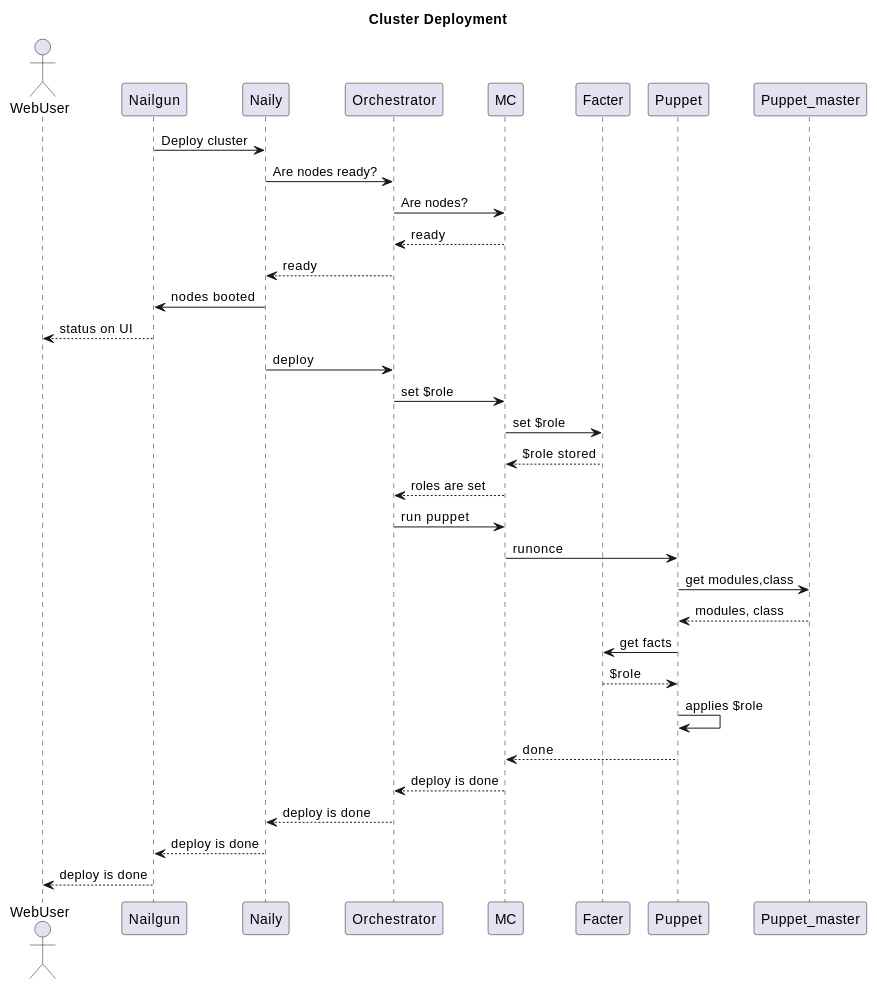
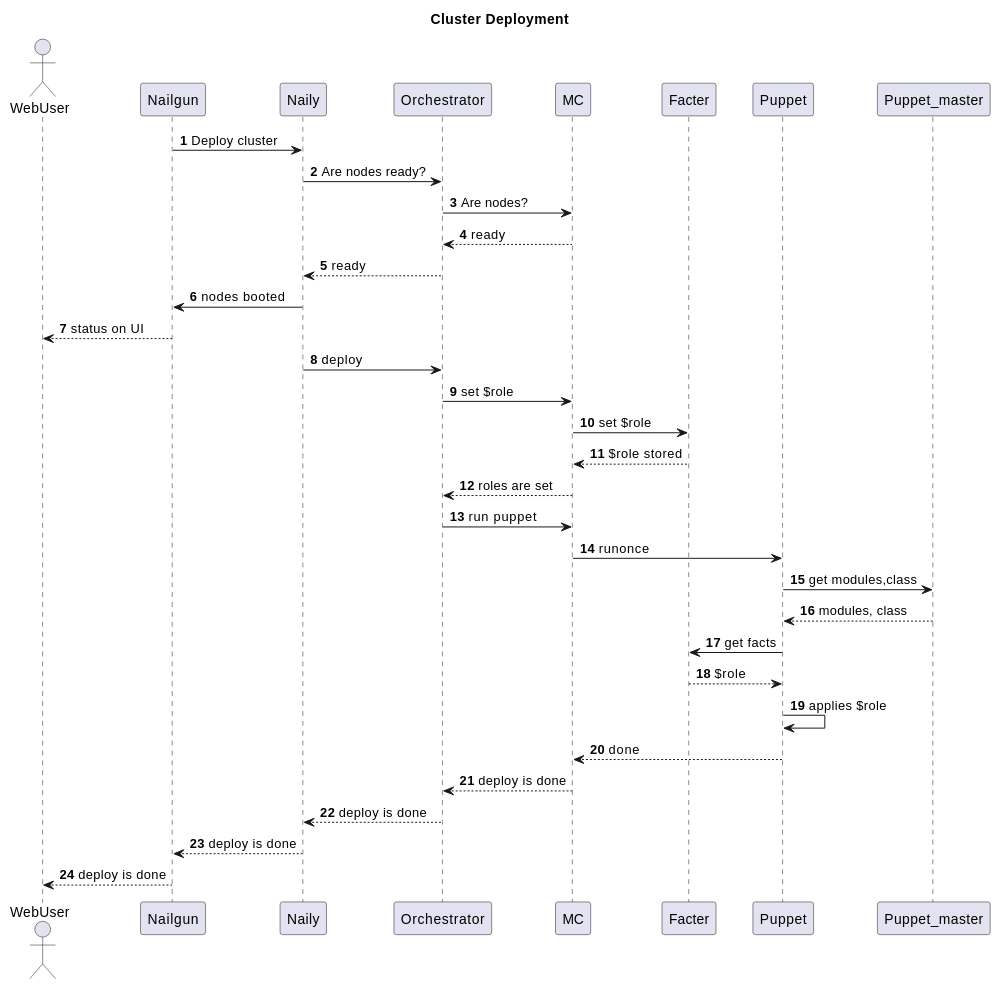
The second of 4 diagrams in docs/sequence.rst (openstack-archive/fuel-main), drawn with PlantUML before and after one commit. The commit also changed other lines of this file, not shown here.

Commit message:
[docs] Diagram: Alternative implementation of deployment

```diff
--- a/docs/sequence.rst
+++ b/docs/sequence.rst
@@ -38,30 +38,31 @@
  .. uml::
     title Cluster Deployment
+    autonumber
     actor WebUser
 
     Nailgun -> Naily: Deploy cluster
     Naily -> Orchestrator: Are nodes ready?
     Orchestrator -> MC: Are nodes?
     MC --> Orchestrator: ready
     Orchestrator --> Naily: ready
     Naily -> Nailgun: nodes booted
     Nailgun --> WebUser: status on UI
     Naily -> Orchestrator: deploy
     Orchestrator -> MC: set $role
     MC -> Facter: set $role
     Facter --> MC: $role stored
     MC --> Orchestrator: roles are set
 
     Orchestrator -> MC: run puppet
     MC -> Puppet: runonce
     Puppet -> Puppet_master: get modules,class
     Puppet_master --> Puppet: modules, class
     Puppet -> Facter: get facts
     Facter --> Puppet: $role
 
     Puppet -> Puppet: applies $role
     Puppet --> MC: done
     MC --> Orchestrator: deploy is done
     Orchestrator --> Naily: deploy is done
     Naily --> Nailgun: deploy is done
     Nailgun --> WebUser: deploy is done
```
